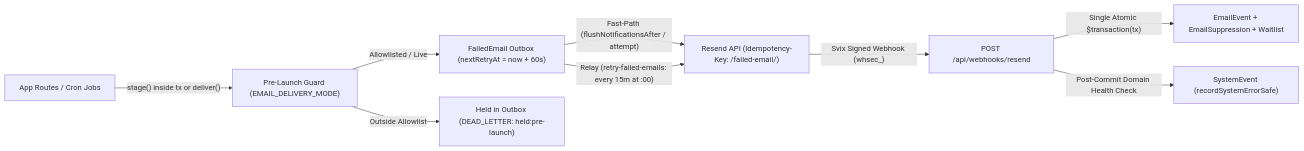
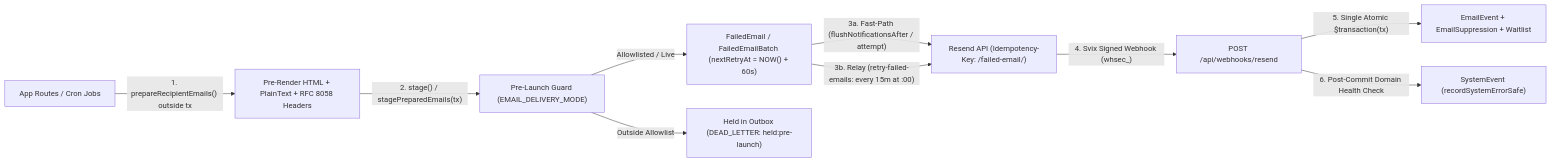
The first of 4 diagrams in docs/email/README.md (Practitionist/familiarise_web), drawn with Mermaid before and after one commit. The commit also changed other lines of this file and 2 other files, not shown here.

Commit message:
docs(notifications): add comprehensive ASCII and Mermaid HLD/LLD/sequence/state/flowchart diagrams

````diff
--- a/docs/email/README.md
+++ b/docs/email/README.md
@@ -17,11 +17,12 @@
 ```mermaid
 flowchart LR
-    App["App Routes / Cron Jobs"] -->|"stage() inside tx or deliver()"| Guard["Pre-Launch Guard (EMAIL_DELIVERY_MODE)"]
-    Guard -->|"Allowlisted / Live"| Outbox["FailedEmail Outbox (nextRetryAt = now + 60s)"]
+    App["App Routes / Cron Jobs"] -->|"1. prepareRecipientEmails() outside tx"| Render["Pre-Render HTML + PlainText + RFC 8058 Headers"]
+    Render -->|"2. stage() / stagePreparedEmails(tx)"| Guard["Pre-Launch Guard (EMAIL_DELIVERY_MODE)"]
+    Guard -->|"Allowlisted / Live"| Outbox["FailedEmail / FailedEmailBatch (nextRetryAt = NOW() + 60s)"]
     Guard -->|"Outside Allowlist"| Held["Held in Outbox (DEAD_LETTER: held:pre-launch)"]
-    Outbox -->|"Fast-Path (flushNotificationsAfter / attempt)"| Resend["Resend API (Idempotency-Key: <TYPE>/failed-email/<id>)"]
-    Outbox -->|"Relay (retry-failed-emails: every 15m at :00)"| Resend
-    Resend -->|"Svix Signed Webhook (whsec_)"| Webhook["POST /api/webhooks/resend"]
-    Webhook -->|"Single Atomic $transaction(tx)"| Tables["EmailEvent + EmailSuppression + Waitlist"]
-    Webhook -->|"Post-Commit Domain Health Check"| SystemEvent["SystemEvent (recordSystemErrorSafe)"]
+    Outbox -->|"3a. Fast-Path (flushNotificationsAfter / attempt)"| Resend["Resend API (Idempotency-Key: <TYPE>/failed-email/<id>)"]
+    Outbox -->|"3b. Relay (retry-failed-emails: every 15m at :00)"| Resend
+    Resend -->|"4. Svix Signed Webhook (whsec_)"| Webhook["POST /api/webhooks/resend"]
+    Webhook -->|"5. Single Atomic $transaction(tx)"| Tables["EmailEvent + EmailSuppression + Waitlist"]
+    Webhook -->|"6. Post-Commit Domain Health Check"| SystemEvent["SystemEvent (recordSystemErrorSafe)"]
 ```
````
